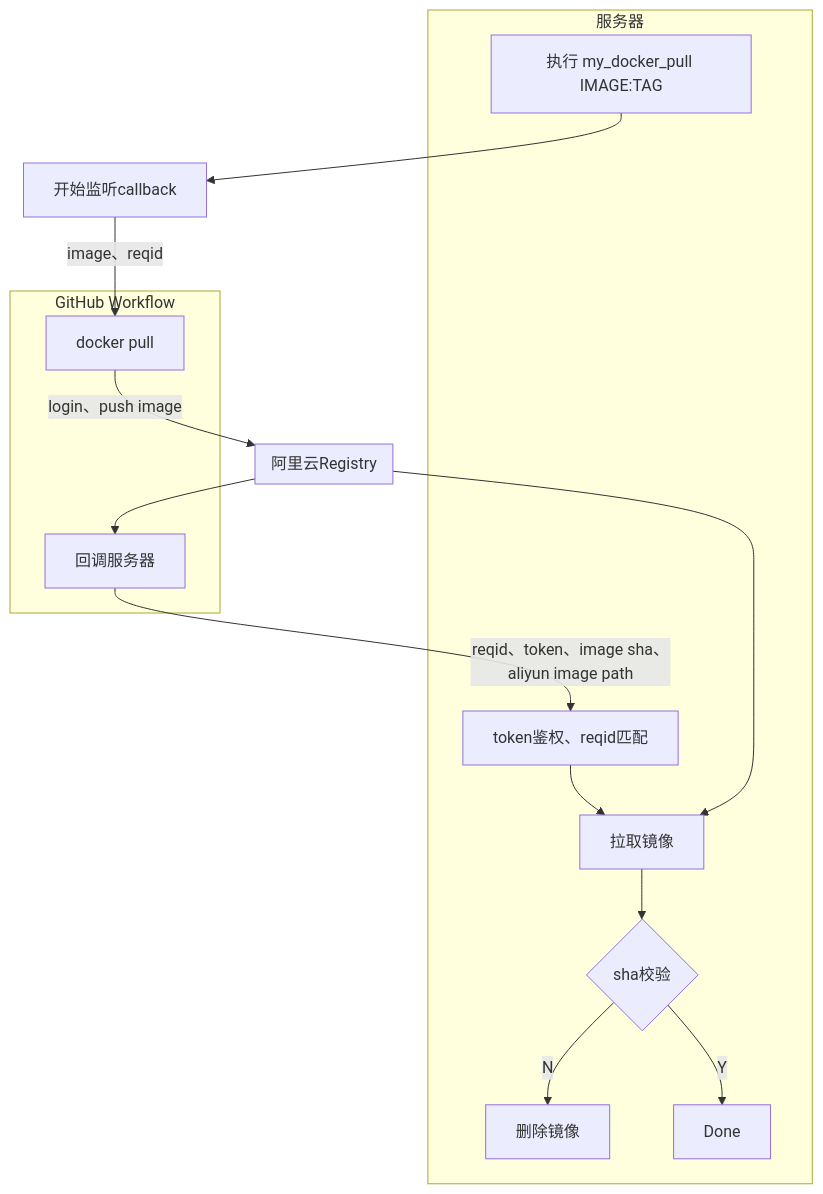
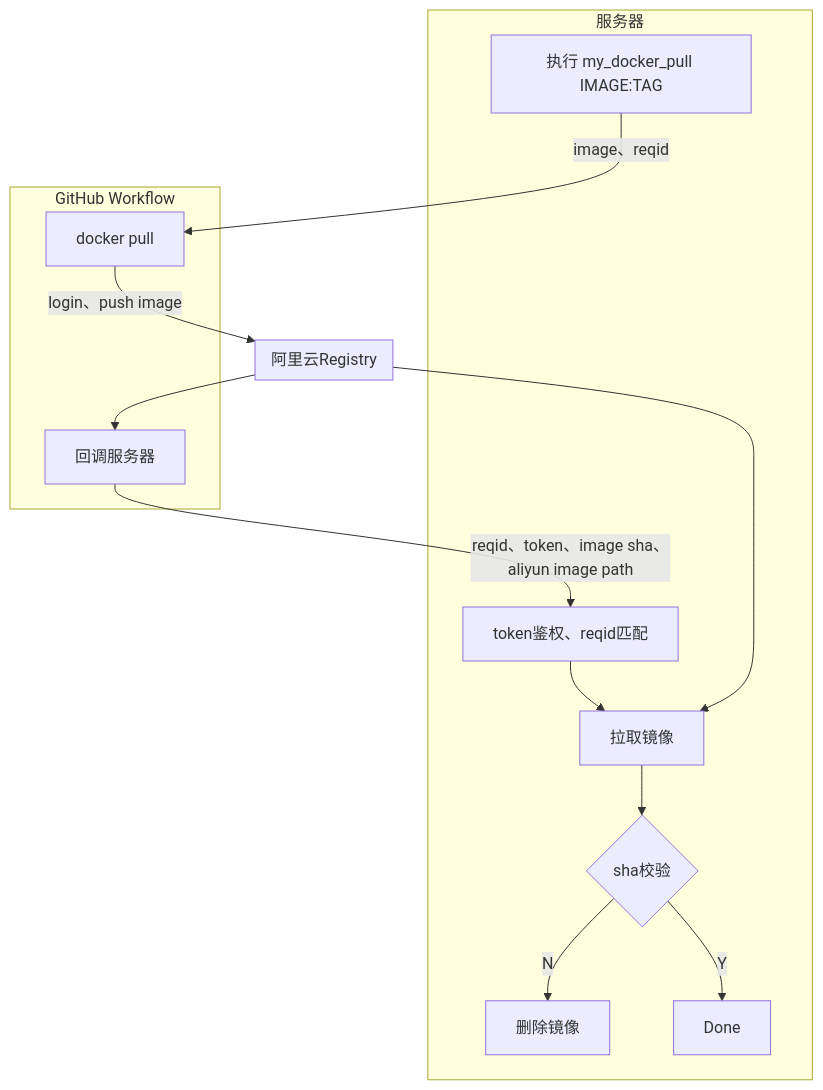
The diagram in README.md (LetMeFly666/my_docker_pull), drawn with Mermaid before and after one commit. The commit also changed other lines of this file and 1 other file, not shown here.

````diff
--- a/README.md
+++ b/README.md
@@ -13,39 +13,37 @@
 ```mermaid
 flowchart TD
     Begin[执行 my_docker_pull IMAGE:TAG]
-    ListenBegin[开始监听callback]
     GithubPull[docker pull]
     GithubCallback[回调服务器]
     ServerPull[拉取镜像]
     Verify1[token鉴权、reqid匹配]
     Verify2{sha校验}
     Delete[删除镜像]
 
-    Begin-->ListenBegin
-    ListenBegin-->|image、reqid|GithubPull
+    Begin-->|image、reqid|GithubPull
     GithubPull-->|login、push image|Aliyun
     Aliyun-->GithubCallback
     GithubCallback-->|reqid、token、image sha、aliyun image path|Verify1
     Verify1-->ServerPull
     Aliyun-->ServerPull
     ServerPull-->Verify2
     Verify2-->|N|Delete
     Verify2-->|Y|Done
 
     subgraph Server[服务器]
         Begin
         Verify1
         ServerPull
         Verify2
         Delete
         Done
     end
 
     subgraph Aliyun[阿里云Registry]
     end
 
     subgraph GitHub[GitHub Workflow]
         GithubPull
         GithubCallback
     end
 ```
````
